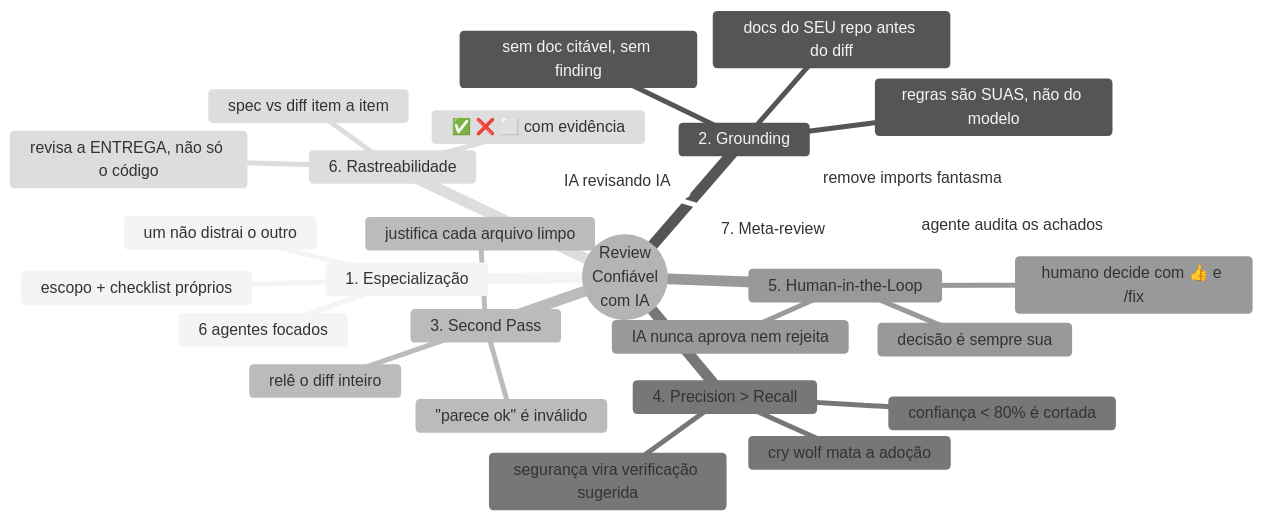
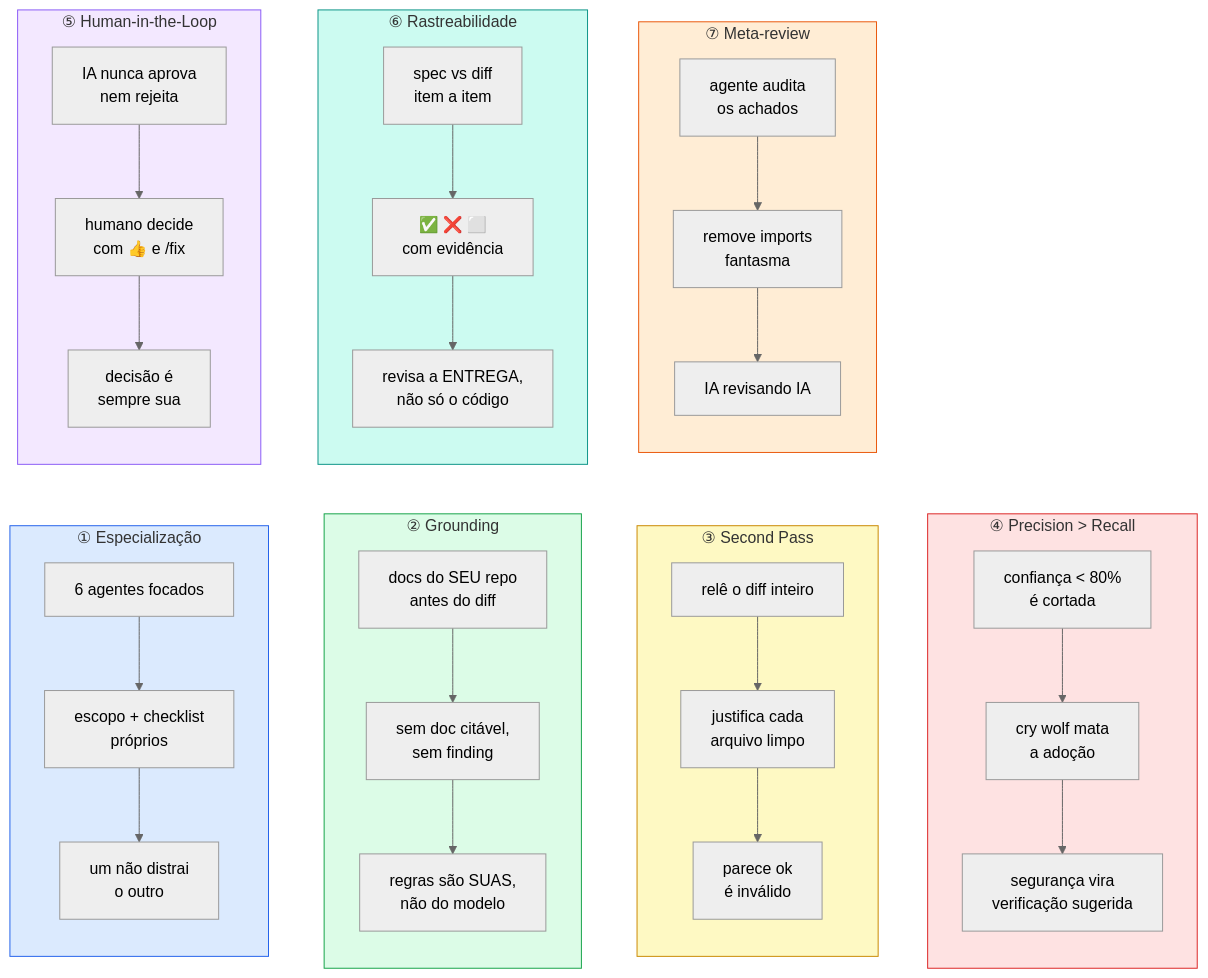
Before and after one commit to igorbag/pr-review-skill: the second of 2 diagrams in README.md, drawn with Mermaid (neutral theme). The commit also changed other lines of this file, not shown here.

Commit message:
docs: restructure 7 pillars as column flowchart + table
Replace radial mindmap with a column-layout flowchart (one subgraph per
pillar, points stacked) and a structured table; circled numerals link
diagram to table. Validated with mermaid-cli.

````diff
--- a/README.md
+++ b/README.md
@@ -126,32 +126,42 @@
 ```mermaid
-mindmap
-  root((Review<br/>Confiável<br/>com IA))
-    1. Especialização
-      6 agentes focados
-      escopo + checklist próprios
-      um não distrai o outro
-    2. Grounding
-      docs do SEU repo antes do diff
-      sem doc citável, sem finding
-      regras são SUAS, não do modelo
-    3. Second Pass
-      relê o diff inteiro
-      justifica cada arquivo limpo
-      "parece ok" é inválido
-    4. Precision > Recall
-      confiança < 80% é cortada
-      cry wolf mata a adoção
-      segurança vira verificação sugerida
-    5. Human-in-the-Loop
-      IA nunca aprova nem rejeita
-      humano decide com 👍 e /fix
-      decisão é sempre sua
-    6. Rastreabilidade
-      spec vs diff item a item
-      ✅ ❌ ⬜ com evidência
-      revisa a ENTREGA, não só o código
-    7. Meta-review
-      agente audita os achados
-      remove imports fantasma
-      IA revisando IA
+flowchart LR
+    subgraph P1 ["① Especialização"]
+        direction TB
+        A1[6 agentes focados] --> A2[escopo + checklist<br/>próprios] --> A3[um não distrai<br/>o outro]
+    end
+    subgraph P2 ["② Grounding"]
+        direction TB
+        B1[docs do SEU repo<br/>antes do diff] --> B2[sem doc citável,<br/>sem finding] --> B3[regras são SUAS,<br/>não do modelo]
+    end
+    subgraph P3 ["③ Second Pass"]
+        direction TB
+        C1[relê o diff inteiro] --> C2[justifica cada<br/>arquivo limpo] --> C3["parece ok<br/>é inválido"]
+    end
+    subgraph P4 ["④ Precision &gt; Recall"]
+        direction TB
+        D1[confiança &lt; 80%<br/>é cortada] --> D2[cry wolf mata<br/>a adoção] --> D3[segurança vira<br/>verificação sugerida]
+    end
+    subgraph P5 ["⑤ Human-in-the-Loop"]
+        direction TB
+        E1[IA nunca aprova<br/>nem rejeita] --> E2[humano decide<br/>com 👍 e /fix] --> E3[decisão é<br/>sempre sua]
+    end
+    subgraph P6 ["⑥ Rastreabilidade"]
+        direction TB
+        F1[spec vs diff<br/>item a item] --> F2[✅ ❌ ⬜<br/>com evidência] --> F3[revisa a ENTREGA,<br/>não só o código]
+    end
+    subgraph P7 ["⑦ Meta-review"]
+        direction TB
+        G1[agente audita<br/>os achados] --> G2[remove imports<br/>fantasma] --> G3[IA revisando IA]
+    end
+
+    P1 ~~~ P2 ~~~ P3 ~~~ P4
+    P5 ~~~ P6 ~~~ P7
+
+    style P1 fill:#dbeafe,stroke:#2563eb
+    style P2 fill:#dcfce7,stroke:#16a34a
+    style P3 fill:#fef9c3,stroke:#ca8a04
+    style P4 fill:#fee2e2,stroke:#dc2626
+    style P5 fill:#f3e8ff,stroke:#8b5cf6
+    style P6 fill:#ccfbf1,stroke:#0d9488
+    style P7 fill:#ffedd5,stroke:#ea580c
 ```
````
